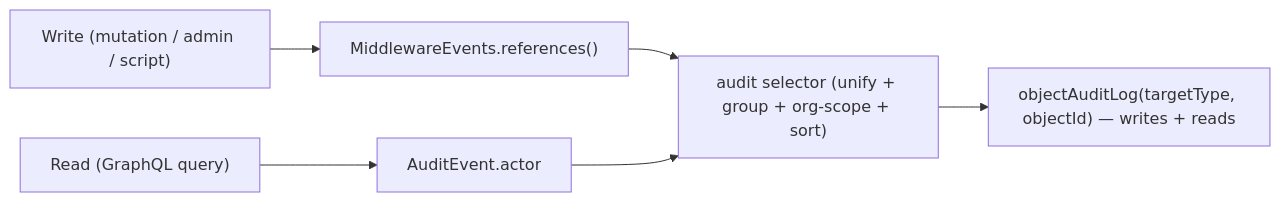
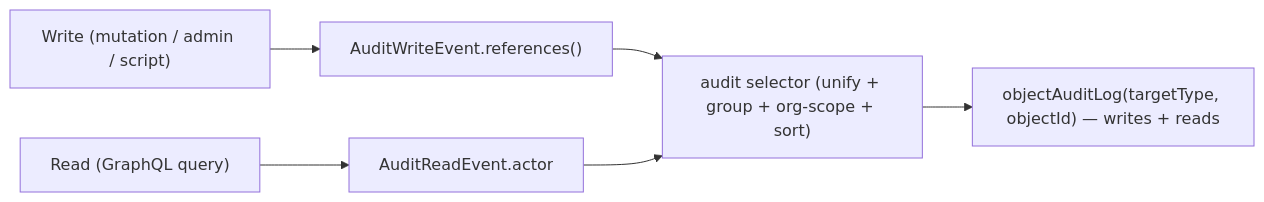
The second of 3 diagrams in docs/adr/0004-shelter-audit-log.md (BetterAngelsLA/monorepo), drawn with Mermaid before and after one commit. The commit also changed other lines of this file and 37 other files, not shown here.

First line of the commit message:
feat(shelter-ops): view write events log (SDB-281) (#2555)

````diff
--- a/docs/adr/0004-shelter-audit-log.md
+++ b/docs/adr/0004-shelter-audit-log.md
@@ -1461,8 +1802,8 @@
 ```mermaid
 flowchart LR
-  write["Write (mutation / admin / script)"] --> pg["MiddlewareEvents.references()"]
-  read["Read (GraphQL query)"] --> ae["AuditEvent.actor"]
+  write["Write (mutation / admin / script)"] --> pg["AuditWriteEvent.references()"]
+  read["Read (GraphQL query)"] --> ae["AuditReadEvent.actor"]
   pg --> selector["audit selector (unify + group + org-scope + sort)"]
   ae --> selector
   selector --> q1["objectAuditLog(targetType, objectId) — writes + reads"]
 ```
````
